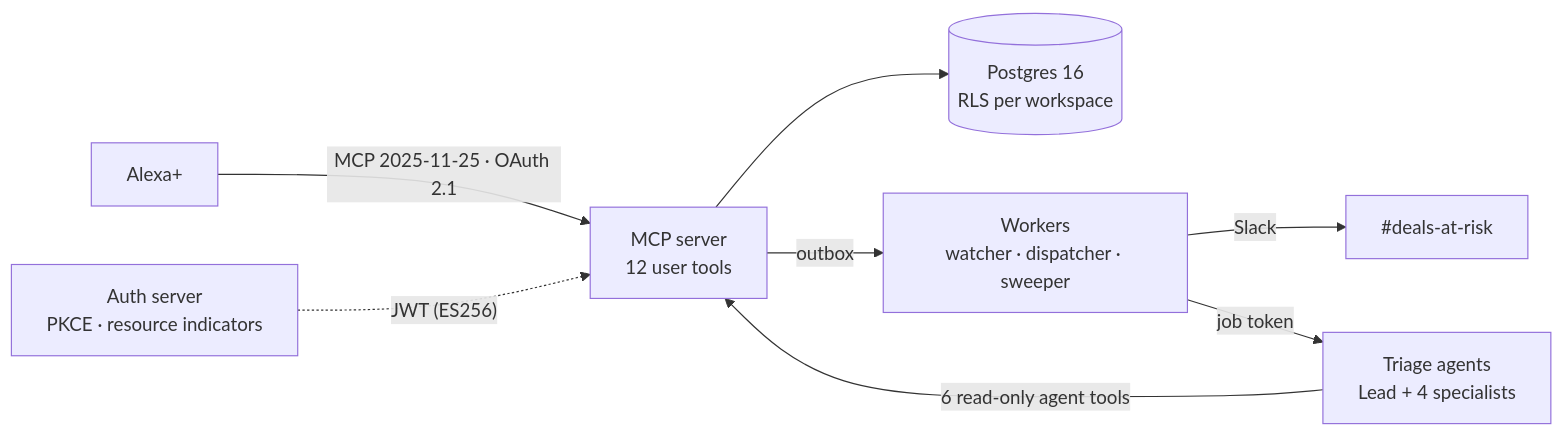
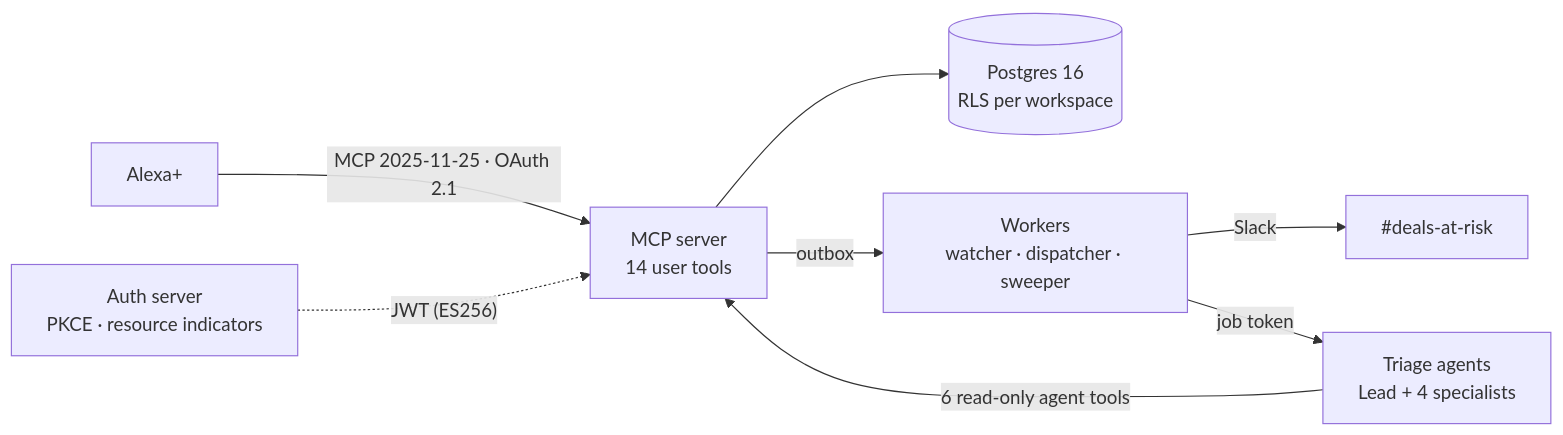
The diagram in README.md (BugHunterX2101/watchfloor), drawn with Mermaid before and after one commit. The commit also changed other lines of this file and 1 other file, not shown here.

Commit message:
Remote conformance and README: 14 user tools (ADR-021)

````diff
--- a/README.md
+++ b/README.md
@@ -16,10 +16,10 @@
 ```mermaid
 flowchart LR
-  A["Alexa+"] -->|"MCP 2025-11-25 · OAuth 2.1"| M["MCP server<br/>12 user tools"]
+  A["Alexa+"] -->|"MCP 2025-11-25 · OAuth 2.1"| M["MCP server<br/>14 user tools"]
   M --> P[("Postgres 16<br/>RLS per workspace")]
   M -->|"outbox"| W["Workers<br/>watcher · dispatcher · sweeper"]
   W -->|"Slack"| S["#deals-at-risk"]
   W -->|"job token"| G["Triage agents<br/>Lead + 4 specialists"]
   G -->|"6 read-only agent tools"| M
   AS["Auth server<br/>PKCE · resource indicators"] -.->|"JWT (ES256)"| M
 ```
````
